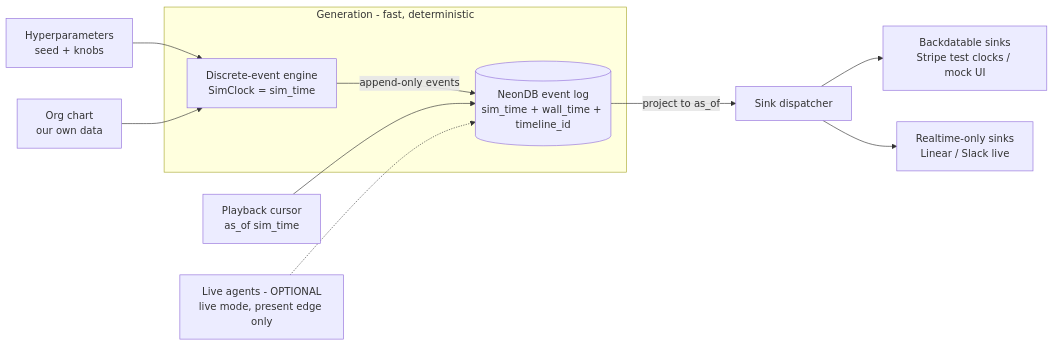
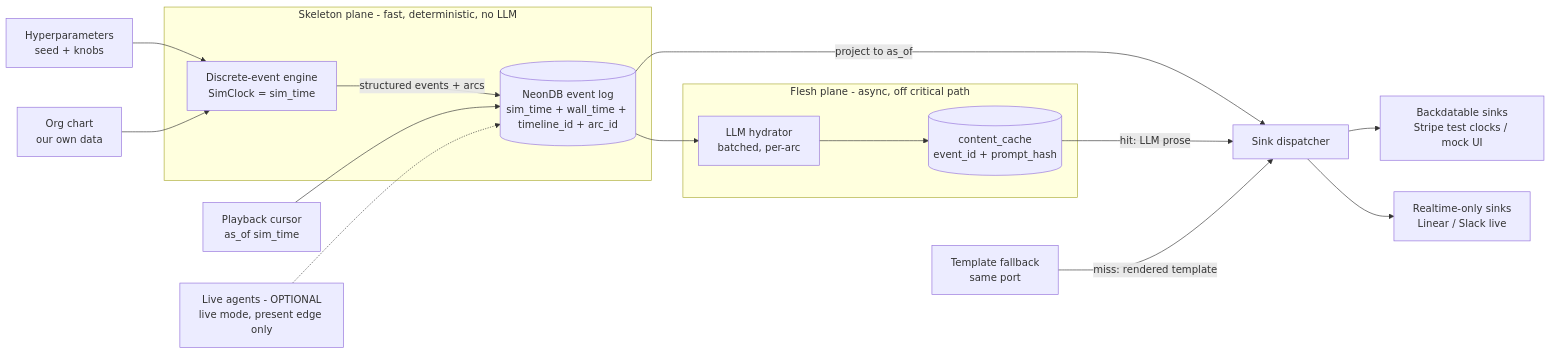
Before and after one commit to fractalboxdev/pied-piper-simulation: the diagram in CLAUDE.md, drawn with Mermaid. The commit also changed other lines of this file and 2 other files, not shown here.

First line of the commit message:
Merge pull request #1 from fractalboxdev/adr-0002-skeleton-flesh-hydration

````diff
--- a/CLAUDE.md
+++ b/CLAUDE.md
@@ -21,13 +21,19 @@
 ```mermaid
 flowchart LR
   HP[Hyperparameters\nseed + knobs] --> ENG
   ORG[Org chart\nour own data] --> ENG
-  subgraph GEN[Generation - fast, deterministic]
-    ENG[Discrete-event engine\nSimClock = sim_time] -->|append-only events| NEON[(NeonDB event log\nsim_time + wall_time + timeline_id)]
+  subgraph GEN[Skeleton plane - fast, deterministic, no LLM]
+    ENG[Discrete-event engine\nSimClock = sim_time] -->|structured events + arcs| NEON[(NeonDB event log\nsim_time + wall_time + timeline_id + arc_id)]
   end
+  subgraph FLESH[Flesh plane - async, off critical path]
+    HYD[LLM hydrator\nbatched, per-arc] --> CACHE[(content_cache\nevent_id + prompt_hash)]
+  end
+  NEON --> HYD
   CURSOR[Playback cursor\nas_of sim_time] --> NEON
   NEON -->|project to as_of| DISPATCH[Sink dispatcher]
+  CACHE -->|hit: LLM prose| DISPATCH
+  TPL[Template fallback\nsame port] -->|miss: rendered template| DISPATCH
   DISPATCH --> BD[Backdatable sinks\nStripe test clocks / mock UI]
   DISPATCH --> RT[Realtime-only sinks\nLinear / Slack live]
   AGENTS[Live agents - OPTIONAL\nlive mode, present edge only] -.-> NEON
 ```
````
